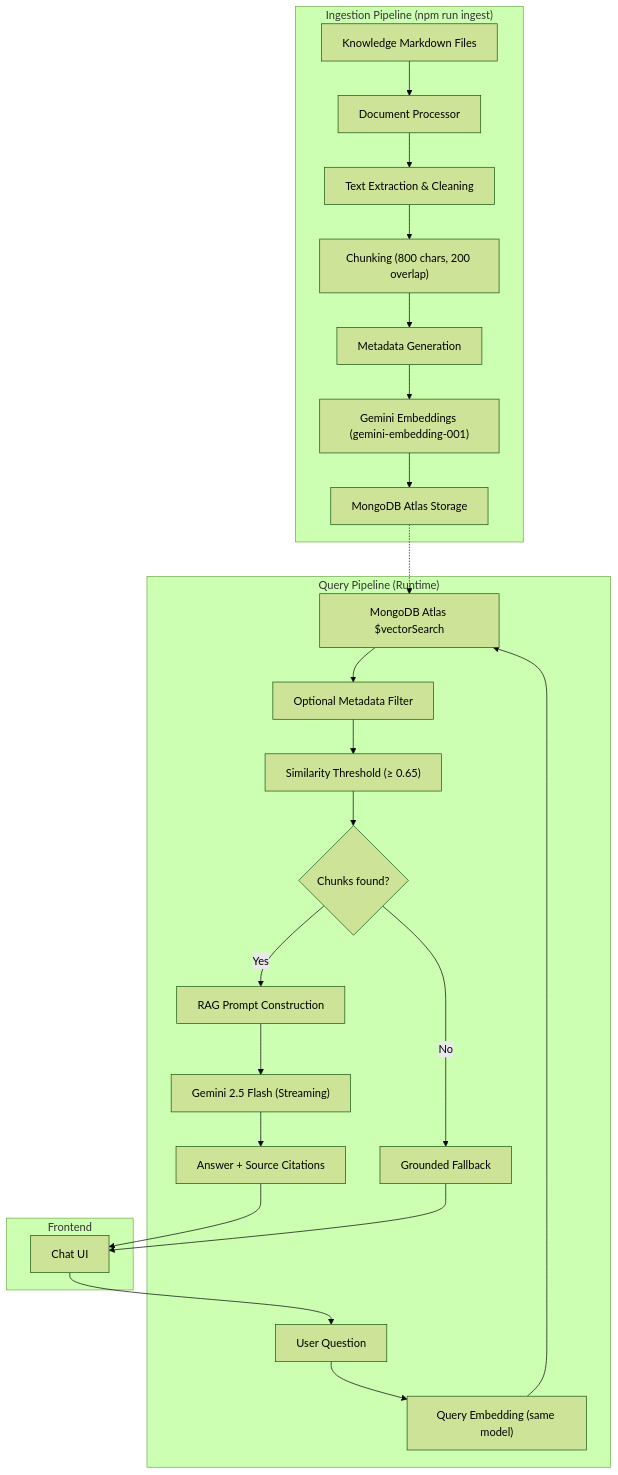
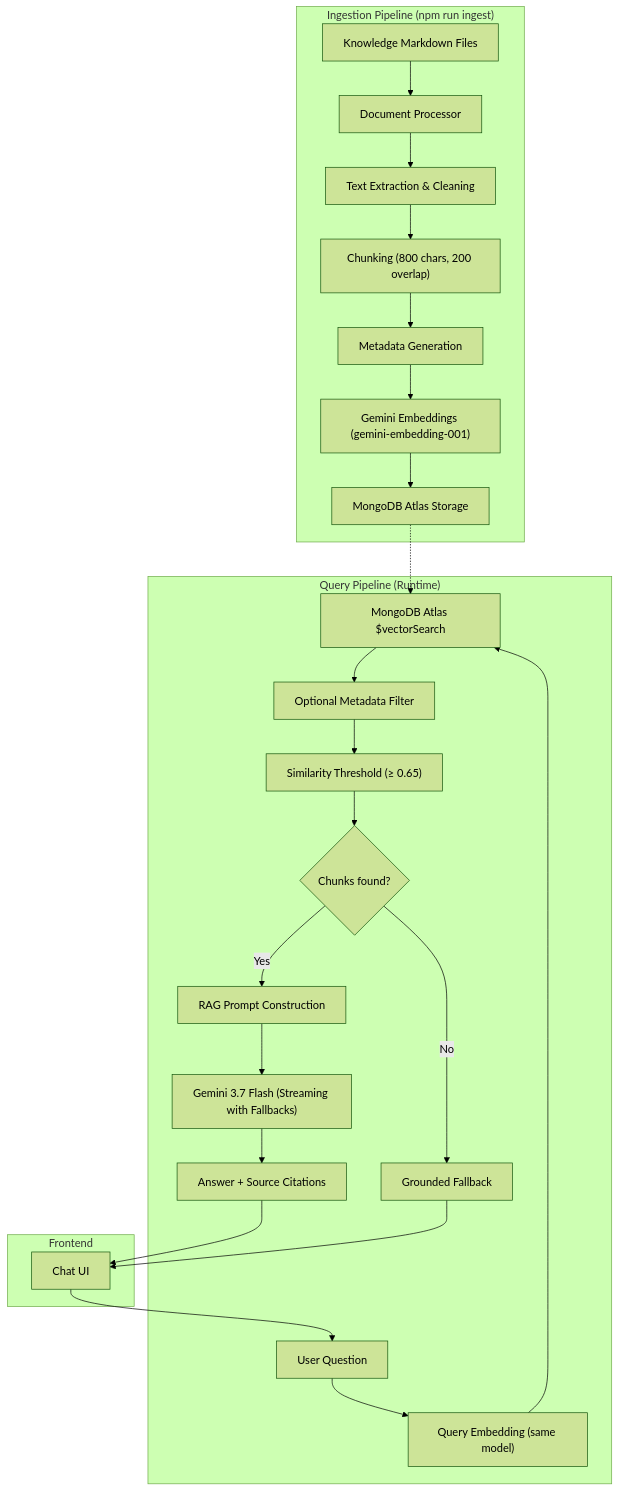
Before and after one commit to zohaib65-ch/My-Digital-Twin: the diagram in README.md, drawn with Mermaid (forest theme). The commit also changed other lines of this file and 4 other files, not shown here.

Commit message:
feat: upgrade Gemini model to 3.7-flash with auto-fallback and refactor project documentation

````diff
--- a/README.md
+++ b/README.md
@@ -26,31 +26,31 @@
 ```mermaid
 graph TD
     subgraph "Ingestion Pipeline (npm run ingest)"
         A["Knowledge Markdown Files"] --> B["Document Processor"]
         B --> C["Text Extraction & Cleaning"]
         C --> D["Chunking (800 chars, 200 overlap)"]
         D --> E["Metadata Generation"]
         E --> F["Gemini Embeddings (gemini-embedding-001)"]
         F --> G["MongoDB Atlas Storage"]
     end
 
     subgraph "Query Pipeline (Runtime)"
         H["User Question"] --> I["Query Embedding (same model)"]
         I --> J["MongoDB Atlas $vectorSearch"]
         J --> K["Optional Metadata Filter"]
         K --> L["Similarity Threshold (≥ 0.65)"]
         L --> M{"Chunks found?"}
         M -->|Yes| N["RAG Prompt Construction"]
         M -->|No| O["Grounded Fallback"]
-        N --> P["Gemini 2.5 Flash (Streaming)"]
+        N --> P["Gemini 3.7 Flash (Streaming with Fallbacks)"]
         P --> Q["Answer + Source Citations"]
     end
 
     subgraph "Frontend"
         R["Chat UI"] --> H
         Q --> R
         O --> R
     end
 
     G -.-> J
 ```
````
